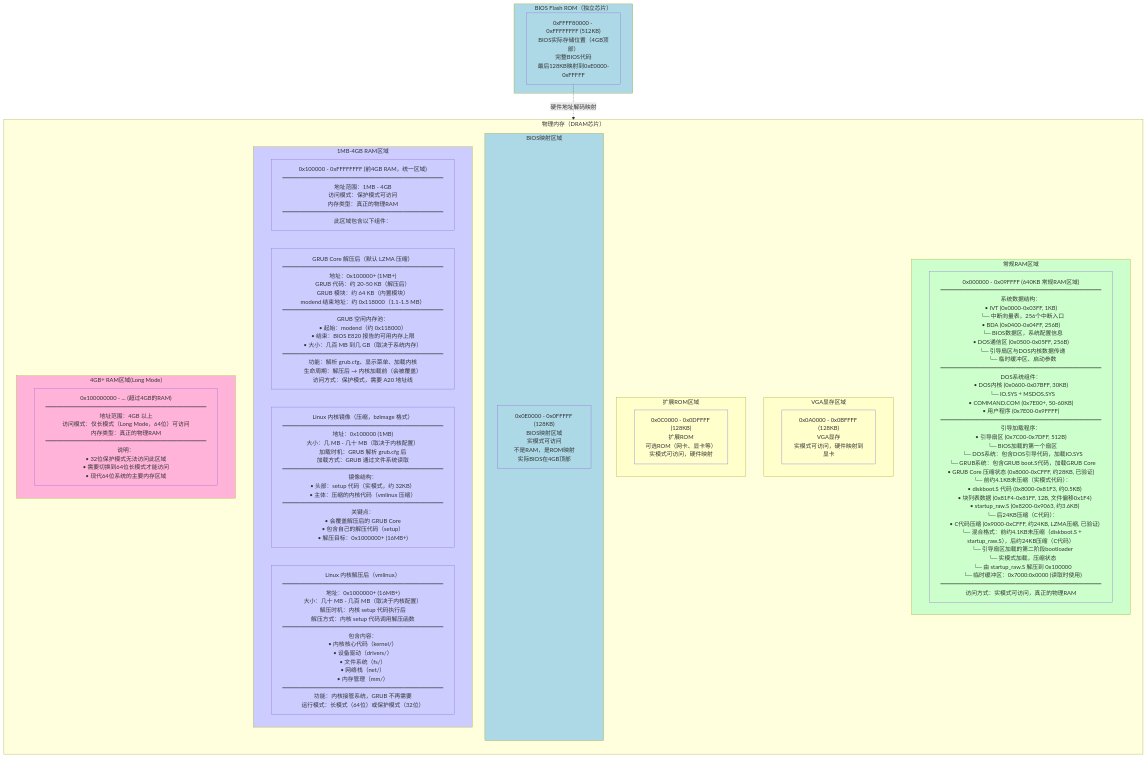
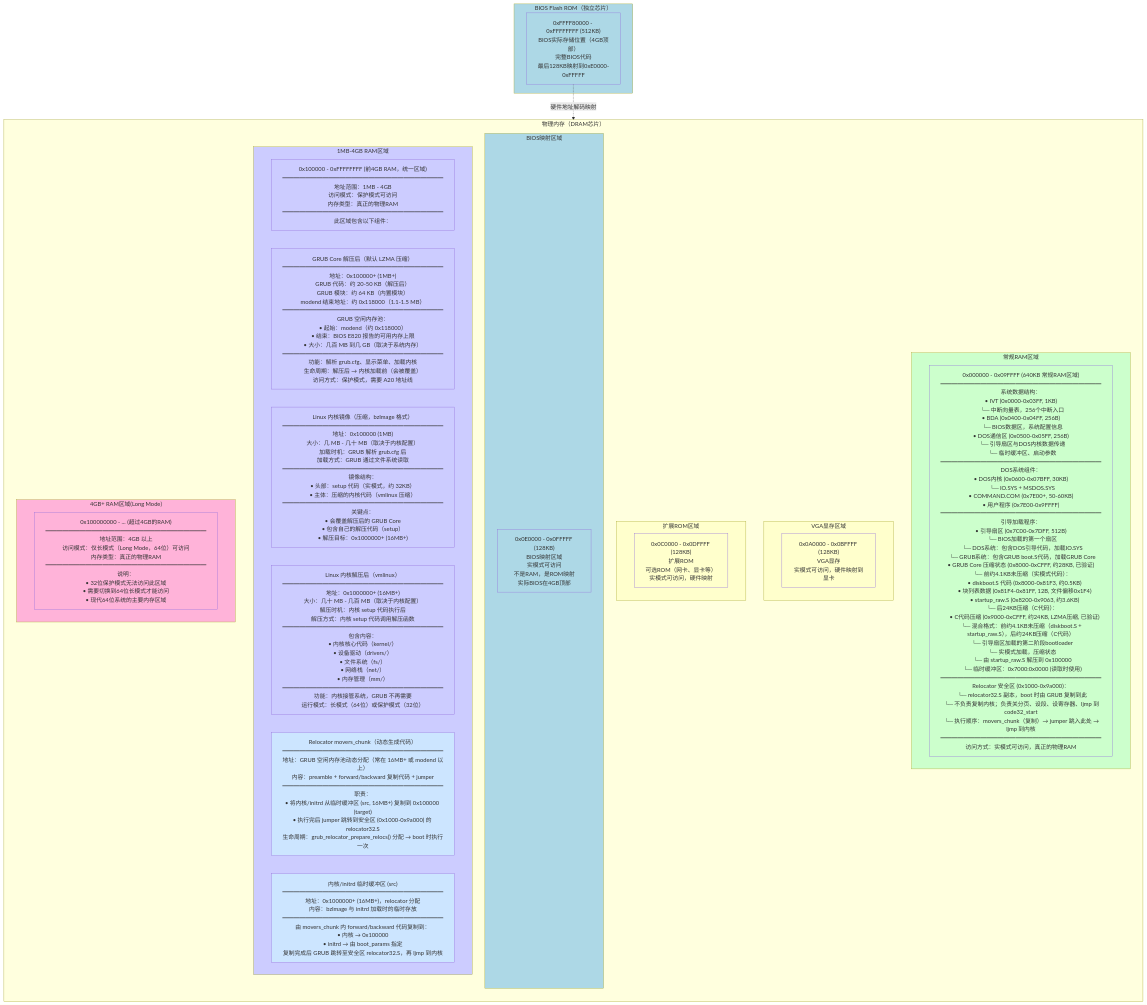
One commit to liweinan/bootimage-example changed the diagram in BIOS_MEMORY_LAYOUT.md. Above: the diagram before and after it, drawn with Mermaid. The commit also changed 1 other file, not shown here.

Commit message:
doc: relocator 说明与内存图更新
- GRUB_KERNEL_LOADING: 动态生成原因与 prepare_relocs 实现（代码+分析）
- 生成代码工作总览图，显式标出复制内核/initrd 步骤
- relocator32.S 与完整 relocator 关系、relocator_asm.S 在 movers_chunk 中说明
- 严谨化 relocator32.S 表述（源码 vs 安全区副本）
- BIOS_MEMORY_LAYOUT: 图中增加 relocator 安全区、movers_chunk、内核临时缓冲区

````diff
--- a/BIOS_MEMORY_LAYOUT.md
+++ b/BIOS_MEMORY_LAYOUT.md
@@ -287,57 +287,61 @@
    ```mermaid
    flowchart TB
        subgraph DRAM["物理内存（DRAM芯片）"]
            direction TB
            
            subgraph Low640KB["常规RAM区域"]
-               LowRAM["0x000000 - 0x09FFFF (640KB 常规RAM区域)<br/>━━━━━━━━━━━━━━━━━━━━━━━━━━━━<br/>系统数据结构：<br/>• IVT (0x0000-0x03FF, 1KB)<br/>  └─ 中断向量表，256个中断入口<br/>• BDA (0x0400-0x04FF, 256B)<br/>  └─ BIOS数据区，系统配置信息<br/>• DOS通信区 (0x0500-0x05FF, 256B)<br/>  └─ 引导扇区与DOS内核数据传递<br/>  └─ 临时缓冲区、启动参数<br/>━━━━━━━━━━━━━━━━━━━━━━━━━━━━<br/>DOS系统组件：<br/>• DOS内核 (0x0600-0x07BFF, 30KB)<br/>  └─ IO.SYS + MSDOS.SYS<br/>• COMMAND.COM (0x7E00+, 50-60KB)<br/>• 用户程序 (0x7E00-0x9FFFF)<br/>━━━━━━━━━━━━━━━━━━━━━━━━━━━━<br/>引导加载程序：<br/>• 引导扇区 (0x7C00-0x7DFF, 512B)<br/>  └─ BIOS加载的第一个扇区<br/>  └─ DOS系统：包含DOS引导代码，加载IO.SYS<br/>  └─ GRUB系统：包含GRUB boot.S代码，加载GRUB Core<br/>• GRUB Core 压缩状态 (0x8000-0xCFFF, 约28KB, 已验证)<br/>  └─ 前约4.1KB未压缩（实模式代码）：<br/>     • diskboot.S 代码 (0x8000-0x81F3, 约0.5KB)<br/>     • 块列表数据 (0x81F4-0x81FF, 12B, 文件偏移0x1F4)<br/>     • startup_raw.S (0x8200-0x9063, 约3.6KB)<br/>  └─ 后24KB压缩（C代码）：<br/>     • C代码压缩 (0x9000-0xCFFF, 约24KB, LZMA压缩, 已验证)<br/>  └─ 混合格式：前约4.1KB未压缩（diskboot.S + startup_raw.S），后约24KB压缩（C代码）<br/>  └─ 引导扇区加载的第二阶段bootloader<br/>  └─ 实模式加载，压缩状态<br/>  └─ 由 startup_raw.S 解压到 0x100000<br/>  └─ 临时缓冲区：0x7000:0x0000 (读取时使用)<br/>━━━━━━━━━━━━━━━━━━━━━━━━━━━━<br/>访问方式：实模式可访问，真正的物理RAM"]
+               LowRAM["0x000000 - 0x09FFFF (640KB 常规RAM区域)<br/>━━━━━━━━━━━━━━━━━━━━━━━━━━━━<br/>系统数据结构：<br/>• IVT (0x0000-0x03FF, 1KB)<br/>  └─ 中断向量表，256个中断入口<br/>• BDA (0x0400-0x04FF, 256B)<br/>  └─ BIOS数据区，系统配置信息<br/>• DOS通信区 (0x0500-0x05FF, 256B)<br/>  └─ 引导扇区与DOS内核数据传递<br/>  └─ 临时缓冲区、启动参数<br/>━━━━━━━━━━━━━━━━━━━━━━━━━━━━<br/>DOS系统组件：<br/>• DOS内核 (0x0600-0x07BFF, 30KB)<br/>  └─ IO.SYS + MSDOS.SYS<br/>• COMMAND.COM (0x7E00+, 50-60KB)<br/>• 用户程序 (0x7E00-0x9FFFF)<br/>━━━━━━━━━━━━━━━━━━━━━━━━━━━━<br/>引导加载程序：<br/>• 引导扇区 (0x7C00-0x7DFF, 512B)<br/>  └─ BIOS加载的第一个扇区<br/>  └─ DOS系统：包含DOS引导代码，加载IO.SYS<br/>  └─ GRUB系统：包含GRUB boot.S代码，加载GRUB Core<br/>• GRUB Core 压缩状态 (0x8000-0xCFFF, 约28KB, 已验证)<br/>  └─ 前约4.1KB未压缩（实模式代码）：<br/>     • diskboot.S 代码 (0x8000-0x81F3, 约0.5KB)<br/>     • 块列表数据 (0x81F4-0x81FF, 12B, 文件偏移0x1F4)<br/>     • startup_raw.S (0x8200-0x9063, 约3.6KB)<br/>  └─ 后24KB压缩（C代码）：<br/>     • C代码压缩 (0x9000-0xCFFF, 约24KB, LZMA压缩, 已验证)<br/>  └─ 混合格式：前约4.1KB未压缩（diskboot.S + startup_raw.S），后约24KB压缩（C代码）<br/>  └─ 引导扇区加载的第二阶段bootloader<br/>  └─ 实模式加载，压缩状态<br/>  └─ 由 startup_raw.S 解压到 0x100000<br/>  └─ 临时缓冲区：0x7000:0x0000 (读取时使用)<br/>━━━━━━━━━━━━━━━━━━━━━━━━━━━━<br/>Relocator 安全区 (0x1000-0x9a000)：<br/>  └─ relocator32.S 副本，boot 时由 GRUB 复制到此<br/>  └─ 不负责复制内核；负责关分页、设段、设寄存器、ljmp 到 code32_start<br/>  └─ 执行顺序：movers_chunk（复制）→ jumper 跳入此处 → ljmp 到内核<br/>━━━━━━━━━━━━━━━━━━━━━━━━━━━━<br/>访问方式：实模式可访问，真正的物理RAM"]
            end
            
            subgraph VGARAM["VGA显存区域"]
                VGAMem["0x0A0000 - 0x0BFFFF (128KB)<br/>VGA显存<br/>实模式可访问，硬件映射到显卡"]
            end
            
            subgraph ExtROM["扩展ROM区域"]
                OptionROM["0x0C0000 - 0x0DFFFF (128KB)<br/>扩展ROM<br/>可选ROM（网卡、显卡等）<br/>实模式可访问，硬件映射"]
            end
            
            subgraph BIOSMap["BIOS映射区域"]
                BIOSMapped["0x0E0000 - 0x0FFFFF (128KB)<br/>BIOS映射区域<br/>实模式可访问<br/>不是RAM，是ROM映射<br/>实际BIOS在4GB顶部"]
            end
            
            subgraph Above1MB["1MB-4GB RAM区域"]
                RAM4GB["0x100000 - 0xFFFFFFFF (前4GB RAM，统一区域)<br/>━━━━━━━━━━━━━━━━━━━━━━━━━━━━<br/>地址范围：1MB - 4GB<br/>访问模式：保护模式可访问<br/>内存类型：真正的物理RAM<br/>━━━━━━━━━━━━━━━━━━━━━━━━━━━━<br/>此区域包含以下组件："]
                GRUBDecomp["GRUB Core 解压后（默认 LZMA 压缩）<br/>━━━━━━━━━━━━━━━━━━━━━━━━━━━━<br/>地址：0x100000+ (1MB+)<br/>GRUB 代码：约 20-50 KB（解压后）<br/>GRUB 模块：约 64 KB（内置模块）<br/>modend 结束地址：约 0x118000（1.1-1.5 MB）<br/>━━━━━━━━━━━━━━━━━━━━━━━━━━━━<br/>GRUB 空闲内存池：<br/>• 起始：modend（约 0x118000）<br/>• 结束：BIOS E820 报告的可用内存上限<br/>• 大小：几百 MB 到几 GB（取决于系统内存）<br/>━━━━━━━━━━━━━━━━━━━━━━━━━━━━<br/>功能：解析 grub.cfg、显示菜单、加载内核<br/>生命周期：解压后 → 内核加载前（会被覆盖）<br/>访问方式：保护模式，需要 A20 地址线"]
                KernelLoad["Linux 内核镜像（压缩，bzImage 格式）<br/>━━━━━━━━━━━━━━━━━━━━━━━━━━━━<br/>地址：0x100000 (1MB)<br/>大小：几 MB - 几十 MB（取决于内核配置）<br/>加载时机：GRUB 解析 grub.cfg 后<br/>加载方式：GRUB 通过文件系统读取<br/>━━━━━━━━━━━━━━━━━━━━━━━━━━━━<br/>镜像结构：<br/>• 头部：setup 代码（实模式，约 32KB）<br/>• 主体：压缩的内核代码（vmlinux 压缩）<br/>━━━━━━━━━━━━━━━━━━━━━━━━━━━━<br/>关键点：<br/>• 会覆盖解压后的 GRUB Core<br/>• 包含自己的解压代码（setup）<br/>• 解压目标：0x1000000+ (16MB+)"]
                KernelDecomp["Linux 内核解压后（vmlinux）<br/>━━━━━━━━━━━━━━━━━━━━━━━━━━━━<br/>地址：0x1000000+ (16MB+)<br/>大小：几十 MB - 几百 MB（取决于内核配置）<br/>解压时机：内核 setup 代码执行后<br/>解压方式：内核 setup 代码调用解压函数<br/>━━━━━━━━━━━━━━━━━━━━━━━━━━━━<br/>包含内容：<br/>• 内核核心代码（kernel/）<br/>• 设备驱动（drivers/）<br/>• 文件系统（fs/）<br/>• 网络栈（net/）<br/>• 内存管理（mm/）<br/>━━━━━━━━━━━━━━━━━━━━━━━━━━━━<br/>功能：内核接管系统，GRUB 不再需要<br/>运行模式：长模式（64位）或保护模式（32位）"]
+               RelocatorMovers["Relocator movers_chunk（动态生成代码）<br/>━━━━━━━━━━━━━━━━━━━━━━━━━━━━<br/>地址：GRUB 空闲内存池动态分配（常在 16MB+ 或 modend 以上）<br/>内容：preamble + forward/backward 复制代码 + jumper<br/>━━━━━━━━━━━━━━━━━━━━━━━━━━━━<br/>职责：<br/>• 将内核/initrd 从临时缓冲区 (src, 16MB+) 复制到 0x100000 (target)<br/>• 执行完后 jumper 跳转到安全区 (0x1000-0x9a000) 的 relocator32.S<br/>生命周期：grub_relocator_prepare_relocs() 分配 → boot 时执行一次"]
+               KernelTempBuf["内核/initrd 临时缓冲区 (src)<br/>━━━━━━━━━━━━━━━━━━━━━━━━━━━━<br/>地址：0x1000000+ (16MB+)，relocator 分配<br/>内容：bzImage 与 initrd 加载时的临时存放<br/>━━━━━━━━━━━━━━━━━━━━━━━━━━━━<br/>由 movers_chunk 内 forward/backward 代码复制到：<br/>• 内核 → 0x100000<br/>• initrd → 由 boot_params 指定<br/>复制完成后 GRUB 跳转至安全区 relocator32.S，再 ljmp 到内核"]
            end
            
            subgraph Above4GB["4GB+ RAM区域(Long Mode)"]
                RAM8GB["0x100000000 - ... (超过4GB的RAM)<br/>━━━━━━━━━━━━━━━━━━━━━━━━━━━━<br/>地址范围：4GB 以上<br/>访问模式：仅长模式（Long Mode，64位）可访问<br/>内存类型：真正的物理RAM<br/>━━━━━━━━━━━━━━━━━━━━━━━━━━━━<br/>说明：<br/>• 32位保护模式无法访问此区域<br/>• 需要切换到64位长模式才能访问<br/>• 现代64位系统的主要内存区域"]
            end
        end
        
        subgraph BIOSROM["BIOS Flash ROM（独立芯片）"]
            BIOSFull["0xFFFF80000 - 0xFFFFFFFF (512KB)<br/>BIOS实际存储位置（4GB顶部）<br/>完整BIOS代码<br/>最后128KB映射到0xE0000-0xFFFFF"]
        end
        
        BIOSFull -.->|"硬件地址解码映射"| BIOSMapped
        
        style Low640KB fill:#ccffcc
        style LowRAM fill:#ccffcc
        style VGARAM fill:#ffffcc
        style VGAMem fill:#ffffcc
        style ExtROM fill:#ffffcc
        style OptionROM fill:#ffffcc
        style BIOSMap fill:#add8e6
        style BIOSMapped fill:#add8e6
        style Above1MB fill:#ccccff
        style RAM4GB fill:#ccccff
        style GRUBDecomp fill:#ccccff
        style KernelLoad fill:#ccccff
        style KernelDecomp fill:#ccccff
+       style RelocatorMovers fill:#cce5ff
+       style KernelTempBuf fill:#cce5ff
        style Above4GB fill:#ffb3d9
        style RAM8GB fill:#ffb3d9
        style BIOSROM fill:#add8e6
        style BIOSFull fill:#add8e6
    ```
````
